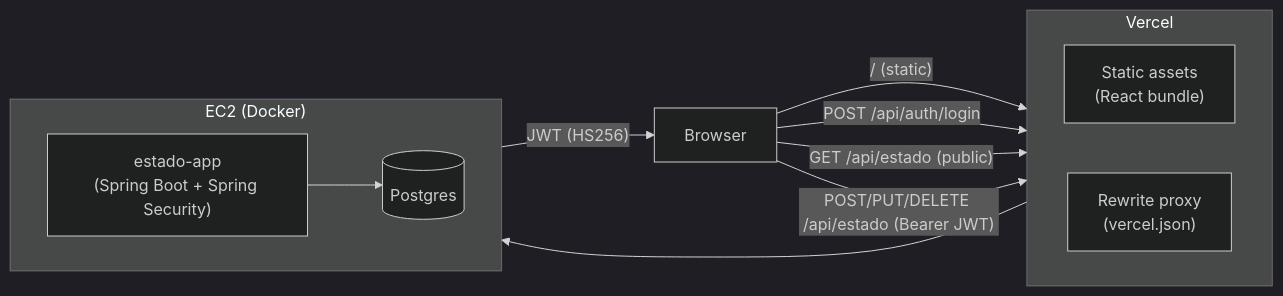
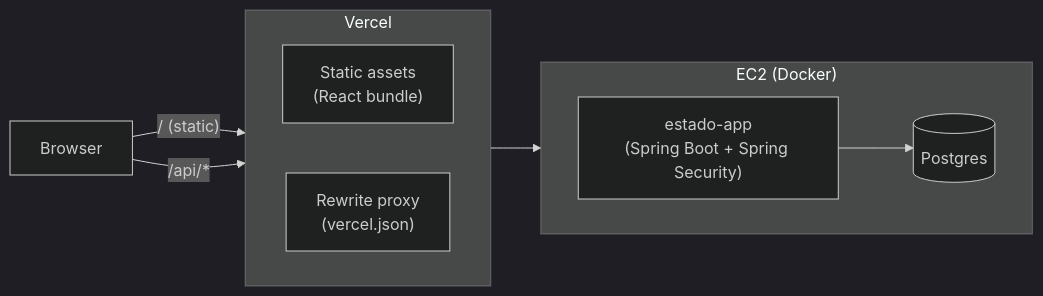
Before and after one commit to ronybrand/react_state: the diagram in README.md, drawn with Mermaid (dark theme). The commit also changed other lines of this file, not shown here.

First line of the commit message:
docs(readme): keep the architecture diagram at infra level, not routes

````diff
--- a/README.md
+++ b/README.md
@@ -16,24 +16,21 @@
 ```mermaid
 flowchart LR
     Browser["Browser"]
 
     subgraph Vercel["Vercel"]
         direction LR
         Static["Static assets\n(React bundle)"]
         Rewrite["Rewrite proxy\n(vercel.json)"]
     end
 
     subgraph EC2["EC2 (Docker)"]
         direction LR
         App["estado-app\n(Spring Boot + Spring Security)"]
         DB[("Postgres")]
     end
 
     Browser -- "/ (static)" --> Static
-    Browser -- "POST /api/auth/login" --> Rewrite
-    Browser -- "GET /api/estado (public)" --> Rewrite
-    Browser -- "POST/PUT/DELETE /api/estado (Bearer JWT)" --> Rewrite
+    Browser -- "/api/*" --> Rewrite
     Rewrite --> App
-    App -- "JWT (HS256)" --> Browser
     App --> DB
 ```
````
